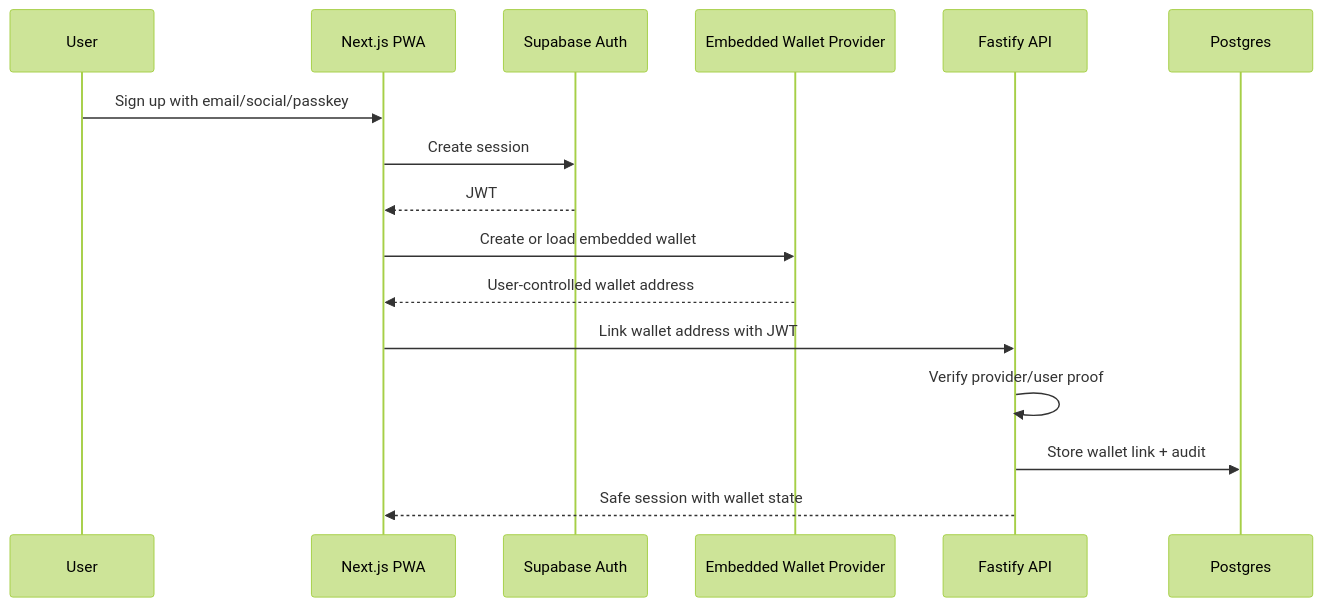
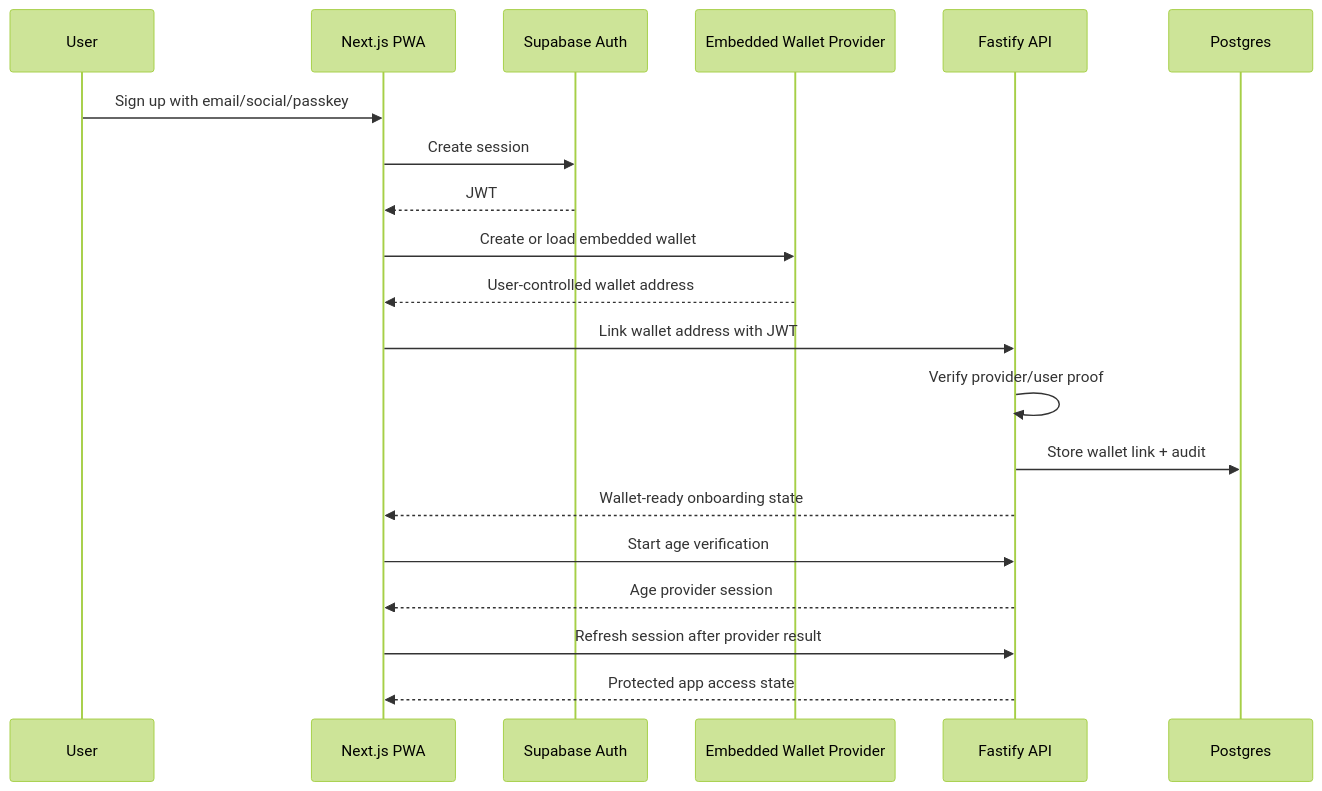
One commit to mariospeterman/VEEL-v2 changed the first of 4 diagrams in docs/v2-new-build/embedded-wallet-onboarding.md. Above: the diagram before and after it, drawn with Mermaid (forest theme). The commit also changed other lines of this file and 12 other files, not shown here.

````diff
--- a/docs/v2-new-build/embedded-wallet-onboarding.md
+++ b/docs/v2-new-build/embedded-wallet-onboarding.md
@@ -84,19 +88,23 @@
 ```mermaid
 sequenceDiagram
   participant User
   participant Web as Next.js PWA
   participant Auth as Supabase Auth
   participant Wallet as Embedded Wallet Provider
   participant API as Fastify API
   participant DB as Postgres
 
   User->>Web: Sign up with email/social/passkey
   Web->>Auth: Create session
   Auth-->>Web: JWT
   Web->>Wallet: Create or load embedded wallet
   Wallet-->>Web: User-controlled wallet address
   Web->>API: Link wallet address with JWT
   API->>API: Verify provider/user proof
   API->>DB: Store wallet link + audit
-  API-->>Web: Safe session with wallet state
+  API-->>Web: Wallet-ready onboarding state
+  Web->>API: Start age verification
+  API-->>Web: Age provider session
+  Web->>API: Refresh session after provider result
+  API-->>Web: Protected app access state
 ```
````
